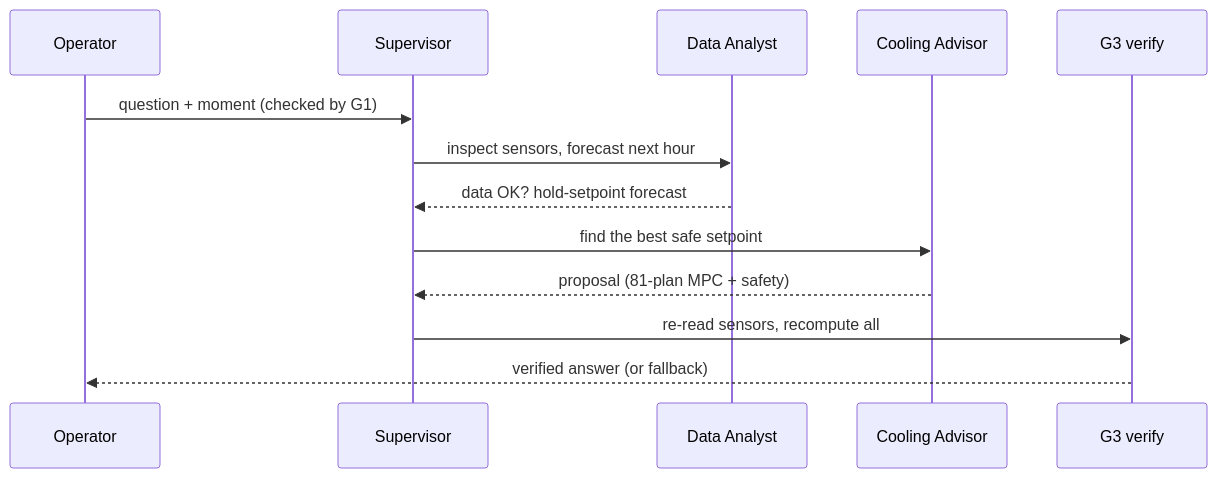
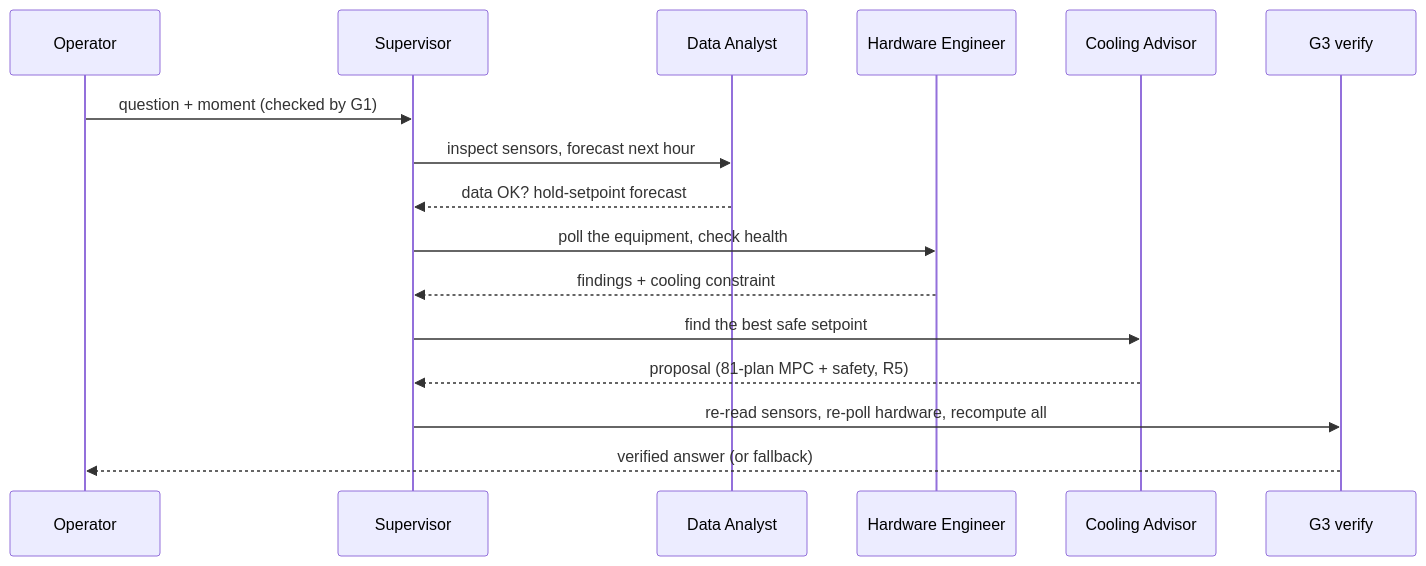
One commit to NuBFightForMyDream/2110582_AIApps_Project_PredictiveCoolingForDataCenter changed the third of 9 diagrams in README.md. Above: the diagram before and after it, drawn with Mermaid. The commit also changed other lines of this file and 26 other files, not shown here.

First line of the commit message:
Phase 1: hardware layer and a Hardware Engineer agent

````diff
--- a/README.md
+++ b/README.md
@@ -77,15 +84,18 @@
 ```mermaid
 sequenceDiagram
     participant O as Operator
     participant S as Supervisor
     participant D as Data Analyst
+    participant H as Hardware Engineer
     participant C as Cooling Advisor
     participant G as G3 verify
     O->>S: question + moment (checked by G1)
     S->>D: inspect sensors, forecast next hour
     D-->>S: data OK? hold-setpoint forecast
+    S->>H: poll the equipment, check health
+    H-->>S: findings + cooling constraint
     S->>C: find the best safe setpoint
-    C-->>S: proposal (81-plan MPC + safety)
-    S->>G: re-read sensors, recompute all
+    C-->>S: proposal (81-plan MPC + safety, R5)
+    S->>G: re-read sensors, re-poll hardware, recompute all
     G-->>O: verified answer (or fallback)
 ```
````
